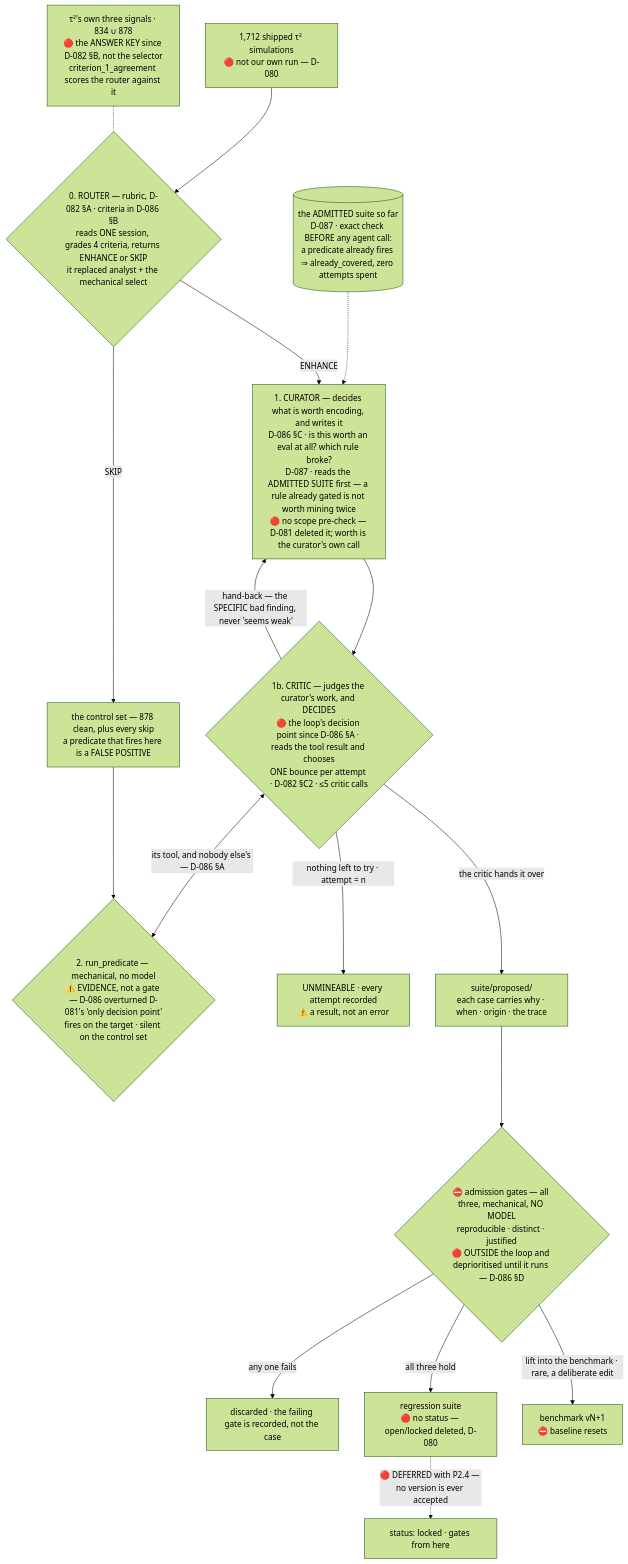
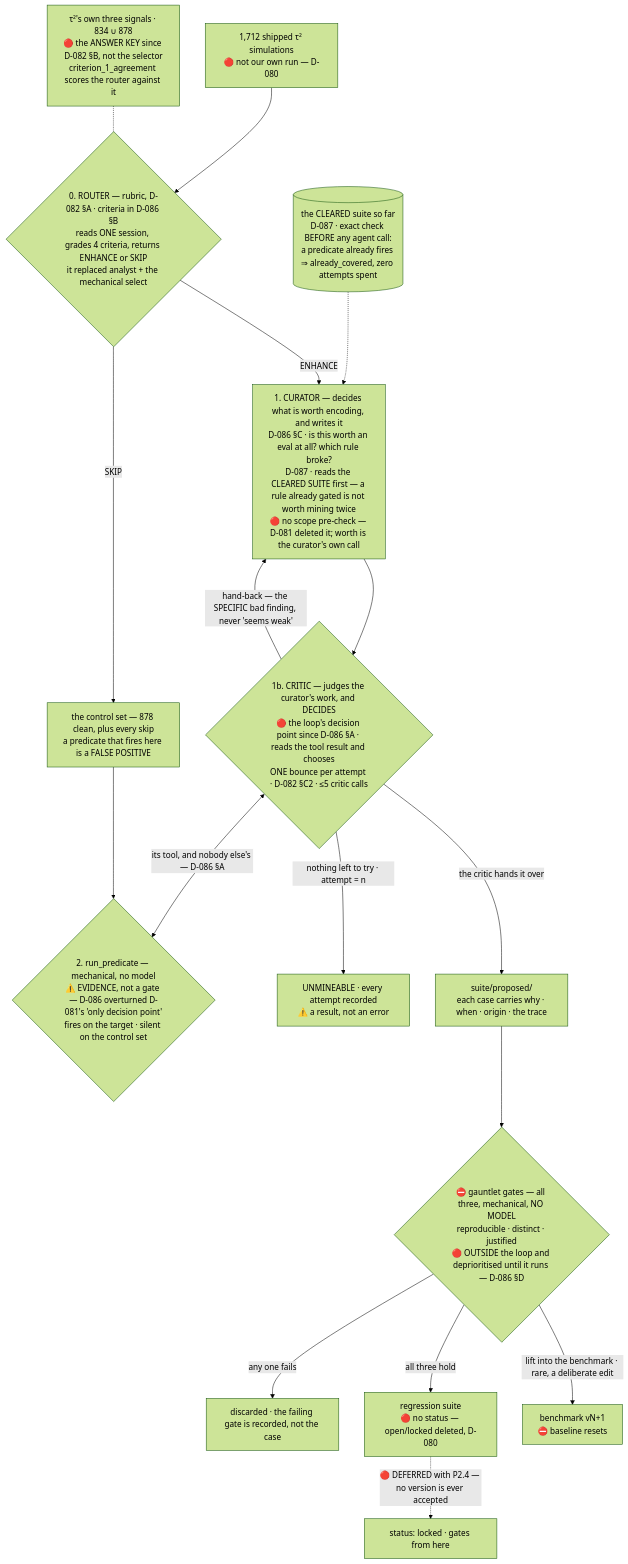
The diagram in docs/02-gates.md (sandeepyadav1478/touchstone), drawn with Mermaid (forest theme) before and after one commit. The commit also changed other lines of this file and 12 other files, not shown here.

````diff
--- a/docs/02-gates.md
+++ b/docs/02-gates.md
@@ -363,19 +363,19 @@
 ```mermaid
 flowchart TB
-  SUITE0[("the ADMITTED suite so far<br/>D-087 · exact check BEFORE any agent call:<br/>a predicate already fires ⇒ already_covered, zero attempts spent")] -.-> TRANS
+  SUITE0[("the CLEARED suite so far<br/>D-087 · exact check BEFORE any agent call:<br/>a predicate already fires ⇒ already_covered, zero attempts spent")] -.-> TRANS
   SCORE["1,712 shipped τ² simulations<br/>🔴 not our own run — D-080"] --> ROUTER{"0. ROUTER — rubric, D-082 §A · criteria in D-086 §B<br/>reads ONE session, grades 4 criteria, returns ENHANCE or SKIP<br/>it replaced analyst + the mechanical select"}
   ROUTER -->|SKIP| CLEAN["the control set — 878 clean, plus every skip<br/>a predicate that fires here is a FALSE POSITIVE"]
   KEY["τ²'s own three signals · 834 ∪ 878<br/>🔴 the ANSWER KEY since D-082 §B, not the selector<br/>criterion_1_agreement scores the router against it"] -.- ROUTER
-  ROUTER -->|ENHANCE| TRANS["1. CURATOR — decides what is worth encoding, and writes it<br/>D-086 §C · is this worth an eval at all? which rule broke?<br/>D-087 · reads the ADMITTED SUITE first — a rule already gated is not worth mining twice<br/>🔴 no scope pre-check — D-081 deleted it; worth is the curator's own call"]
+  ROUTER -->|ENHANCE| TRANS["1. CURATOR — decides what is worth encoding, and writes it<br/>D-086 §C · is this worth an eval at all? which rule broke?<br/>D-087 · reads the CLEARED SUITE first — a rule already gated is not worth mining twice<br/>🔴 no scope pre-check — D-081 deleted it; worth is the curator's own call"]
   TRANS --> CRIT{"1b. CRITIC — judges the curator's work, and DECIDES<br/>🔴 the loop's decision point since D-086 §A · reads the tool result and chooses<br/>ONE bounce per attempt · D-082 §C2 · ≤5 critic calls"}
   CRIT <-->|"its tool, and nobody else's — D-086 §A"| TEST{"2. run_predicate — mechanical, no model<br/>⚠️ EVIDENCE, not a gate — D-086 overturned D-081's 'only decision point'<br/>fires on the target · silent on the control set"}
   CLEAN --> TEST
   CRIT -->|"hand-back — the SPECIFIC bad finding, never 'seems weak'"| TRANS
   CRIT -->|"nothing left to try · attempt = n"| UNM["UNMINEABLE · every attempt recorded<br/>⚠️ a result, not an error"]
   CRIT -->|"the critic hands it over"| PROP["suite/proposed/<br/>each case carries why · when · origin · the trace"]
-  PROP --> ADMIT{"⛔ admission gates — all three, mechanical, NO MODEL<br/>reproducible · distinct · justified<br/>🔴 OUTSIDE the loop and deprioritised until it runs — D-086 §D"}
-  ADMIT -->|any one fails| DROP["discarded · the failing gate is recorded, not the case"]
-  ADMIT -->|all three hold| REG["regression suite<br/>🔴 no status — open/locked deleted, D-080"]
+  PROP --> GAUNTLET{"⛔ gauntlet gates — all three, mechanical, NO MODEL<br/>reproducible · distinct · justified<br/>🔴 OUTSIDE the loop and deprioritised until it runs — D-086 §D"}
+  GAUNTLET -->|any one fails| DROP["discarded · the failing gate is recorded, not the case"]
+  GAUNTLET -->|all three hold| REG["regression suite<br/>🔴 no status — open/locked deleted, D-080"]
   REG -.->|"🔴 DEFERRED with P2.4 — no version is ever accepted"| LOCK["status: locked · gates from here"]
-  ADMIT -->|"lift into the benchmark · rare, a deliberate edit"| BENCH["benchmark vN+1<br/>⛔ baseline resets"]
+  GAUNTLET -->|"lift into the benchmark · rare, a deliberate edit"| BENCH["benchmark vN+1<br/>⛔ baseline resets"]
 ```
````
